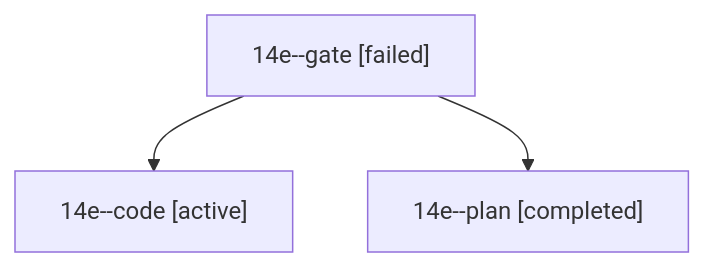
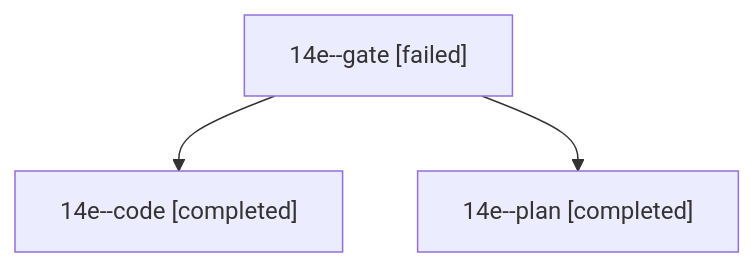
The diagram in sessions/bbugyi200.athena.14e.md (bobs-org/bob-cli--agents), drawn with Mermaid before and after one commit. The commit also changed other lines of this file and 11 other files, not shown here.

````diff
--- a/sessions/bbugyi200.athena.14e.md
+++ b/sessions/bbugyi200.athena.14e.md
@@ -9,8 +9,8 @@
 ```mermaid
 flowchart TD
   n0["14e--gate [failed]"]
-  n1["14e--code [active]"]
+  n1["14e--code [completed]"]
   n0 --> n1
   n2["14e--plan [completed]"]
   n0 --> n2
 ```
````
